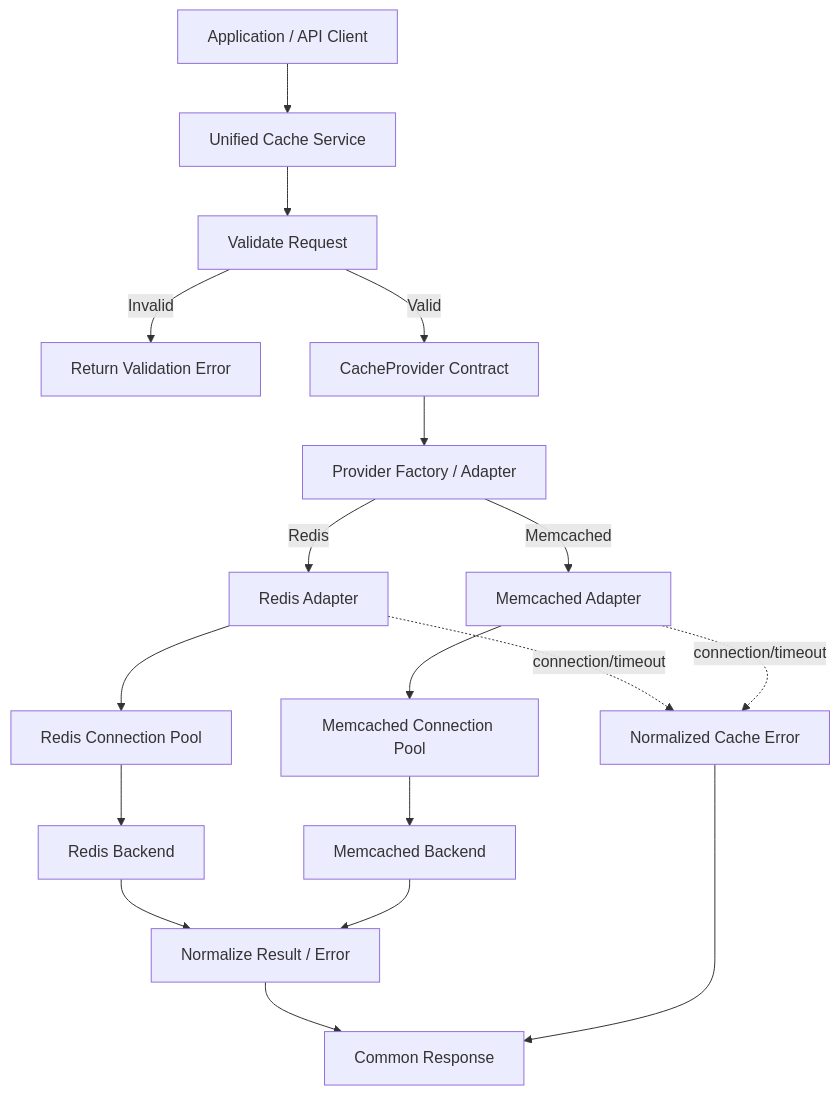
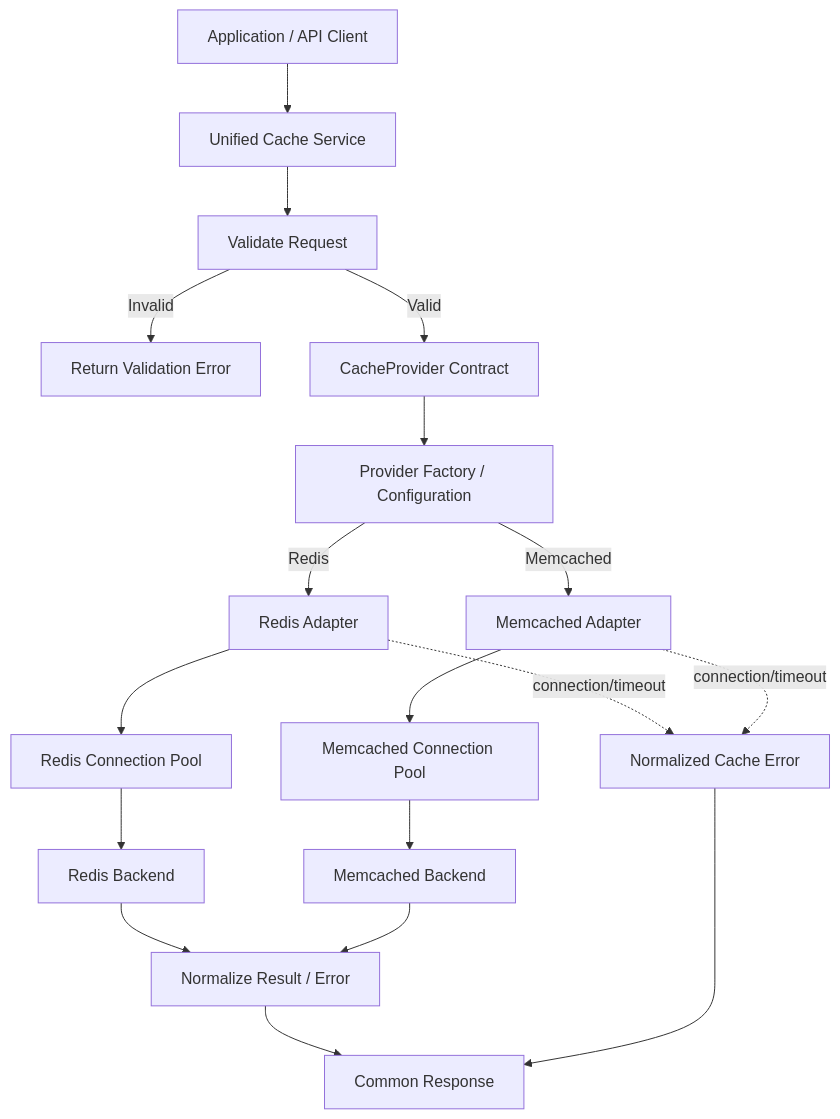
The diagram in README.md (adityashinde0/develop-a-pluggable-caching-abstraction-layer), drawn with Mermaid before and after one commit. The commit also changed other lines of this file and 10 other files, not shown here.

Commit message:
Complete Programmer 2 and Programmer 3: ProviderFactory, FastAPI REST server, Contract test suite, and interactive Demo harness

````diff
--- a/README.md
+++ b/README.md
@@ -22,20 +24,20 @@
 ```mermaid
 flowchart TD
     A[Application / API Client] --> B[Unified Cache Service]
     B --> C[Validate Request]
     C -->|Invalid| E[Return Validation Error]
     C -->|Valid| D[CacheProvider Contract]
-    D --> F[Provider Factory / Adapter]
+    D --> F[Provider Factory / Configuration]
     F -->|Redis| G[Redis Adapter]
     F -->|Memcached| H[Memcached Adapter]
     G --> I[Redis Connection Pool]
     H --> J[Memcached Connection Pool]
     I --> K[Redis Backend]
     J --> L[Memcached Backend]
     K --> M[Normalize Result / Error]
     L --> M
     M --> N[Common Response]
     G -. connection/timeout .-> O[Normalized Cache Error]
     H -. connection/timeout .-> O
     O --> N
 ```
````
